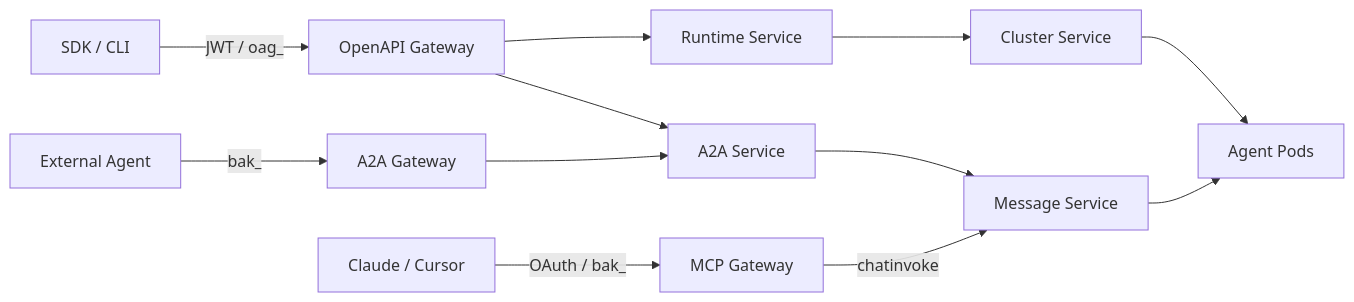
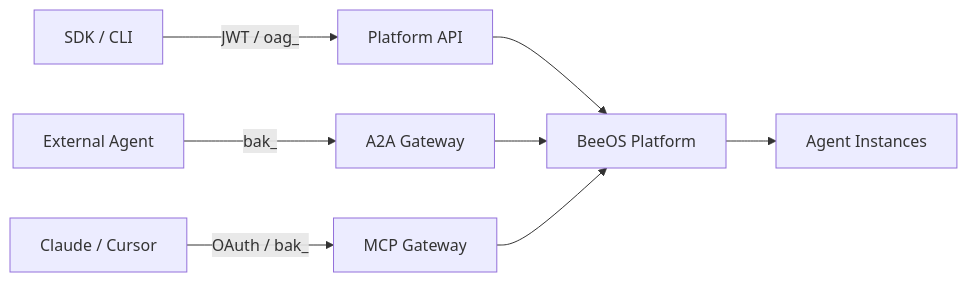
One commit to beeos-ai/beeos-docs changed the diagram in introduction.mdx. Above: the diagram before and after it, drawn with Mermaid. The commit also changed other lines of this file and 20 other files, not shown here.

````diff
--- a/introduction.mdx
+++ b/introduction.mdx
@@ -42,15 +46,11 @@
 ```mermaid
 flowchart LR
-    SDK["SDK / CLI"] -->|JWT / oag_| OpenAPI["OpenAPI Gateway"]
+    SDK["SDK / CLI"] -->|JWT / oag_| OpenAPI["Platform API"]
     ExtAgent["External Agent"] -->|bak_| A2A["A2A Gateway"]
     AIPlatform["Claude / Cursor"] -->|OAuth / bak_| MCP["MCP Gateway"]
 
-    OpenAPI --> Runtime["Runtime Service"]
-    OpenAPI --> A2AService["A2A Service"]
-    A2A --> A2AService
-    MCP -->|chatinvoke| MS["Message Service"]
-    A2AService --> MS
-    Runtime --> Cluster["Cluster Service"]
-    Cluster --> AgentPod["Agent Pods"]
-    MS --> AgentPod
+    OpenAPI --> BeeOS["BeeOS Platform"]
+    A2A --> BeeOS
+    MCP --> BeeOS
+    BeeOS --> AgentPod["Agent Instances"]
 ```
````
